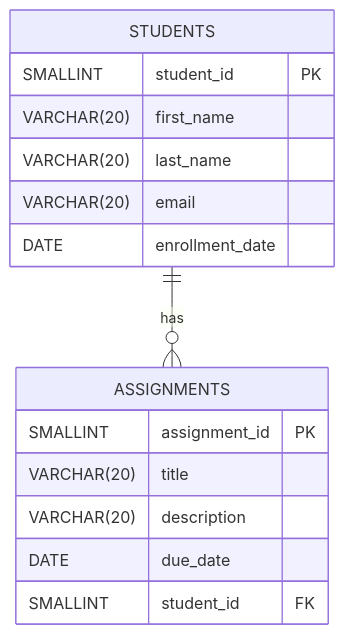
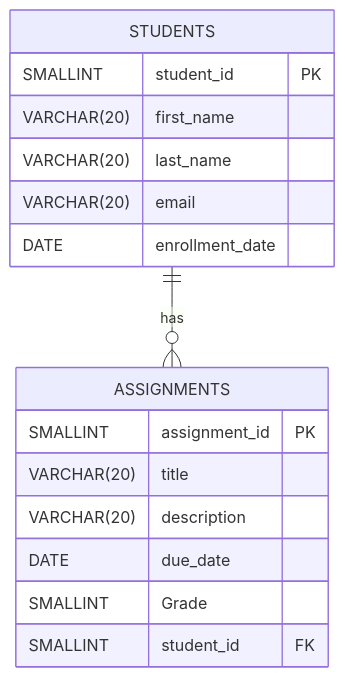
Before and after one commit to rbsteffes/CTI_110_SP2025: the diagram in ERD_Gradebook.md, drawn with Mermaid.

````diff
--- a/ERD_Gradebook.md
+++ b/ERD_Gradebook.md
@@ -1,19 +1,20 @@
 ```mermaid
 erDiagram
     STUDENTS {
         SMALLINT student_id PK
         VARCHAR(20) first_name
         VARCHAR(20) last_name
         VARCHAR(20) email
         DATE enrollment_date
     }
     ASSIGNMENTS {
         SMALLINT assignment_id PK
         VARCHAR(20) title
         VARCHAR(20) description
         DATE due_date
+        SMALLINT Grade
         SMALLINT student_id FK
     }
     STUDENTS ||--o{ ASSIGNMENTS : "has"
 
 ```
````
